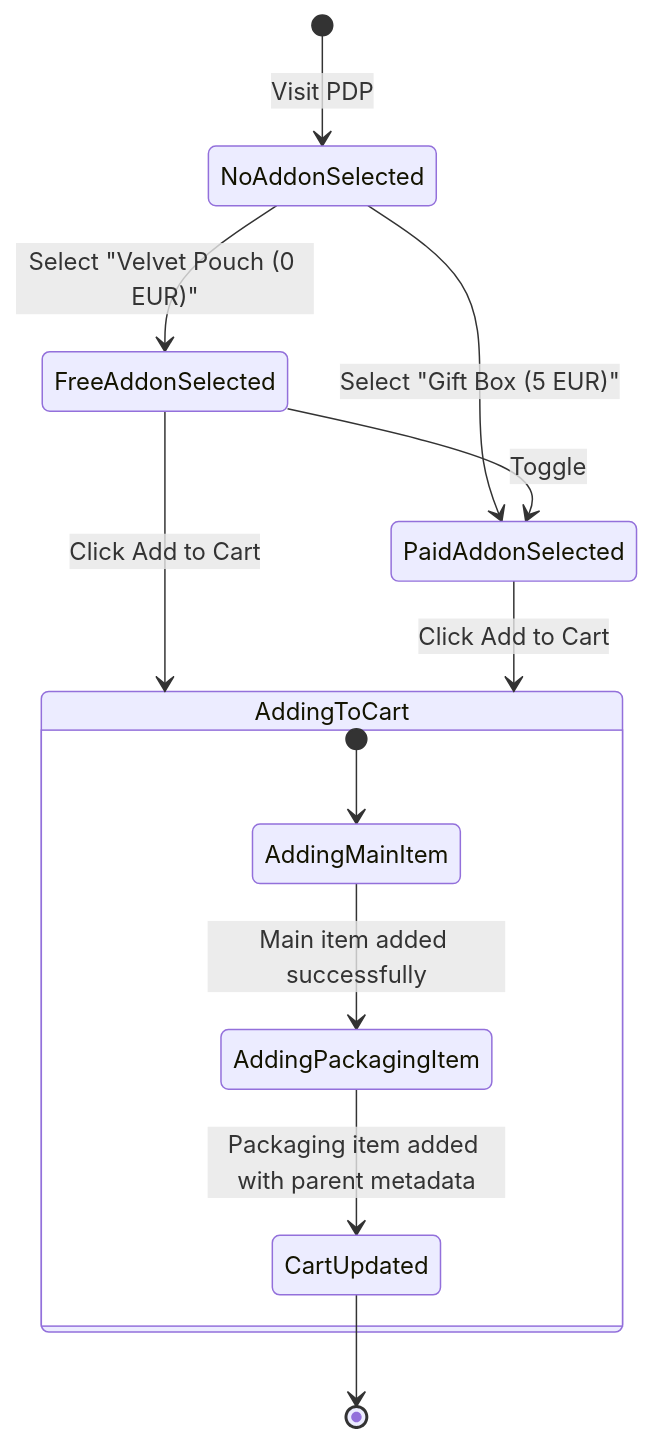
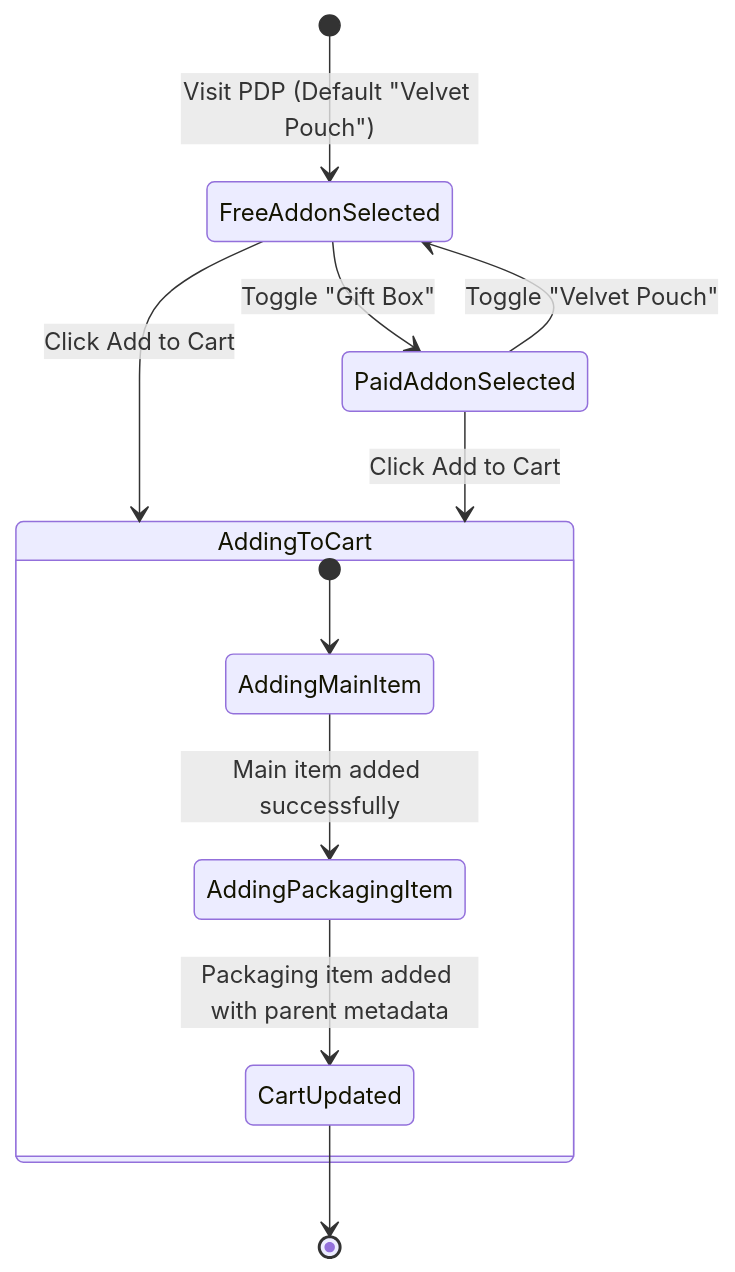
The second of 3 diagrams in flows/features/product-addons.md (AtoshaKartosha/sunluk), drawn with Mermaid before and after one commit. The commit also changed other lines of this file, not shown here.

Commit message:
chore(flows): sync product packaging addons flow with grid UI implementation

````diff
--- a/flows/features/product-addons.md
+++ b/flows/features/product-addons.md
@@ -61,18 +61,17 @@
 ```mermaid
 stateDiagram-v2
-  [*] --> NoAddonSelected: Visit PDP
-  NoAddonSelected --> FreeAddonSelected: Select "Velvet Pouch (0 EUR)"
-  NoAddonSelected --> PaidAddonSelected: Select "Gift Box (5 EUR)"
-  FreeAddonSelected --> PaidAddonSelected: Toggle
+  [*] --> FreeAddonSelected: Visit PDP (Default "Velvet Pouch")
+  FreeAddonSelected --> PaidAddonSelected: Toggle "Gift Box"
+  PaidAddonSelected --> FreeAddonSelected: Toggle "Velvet Pouch"
   
   FreeAddonSelected --> AddingToCart: Click Add to Cart
   PaidAddonSelected --> AddingToCart: Click Add to Cart
   
   state AddingToCart {
     [*] --> AddingMainItem
     AddingMainItem --> AddingPackagingItem: Main item added successfully
     AddingPackagingItem --> CartUpdated: Packaging item added with parent metadata
   }
   
   CartUpdated --> [*]
 ```
````
